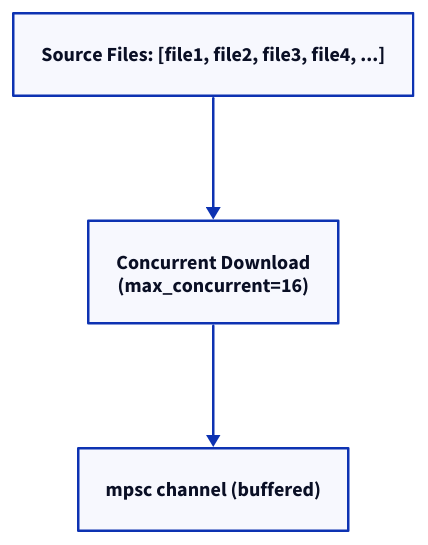
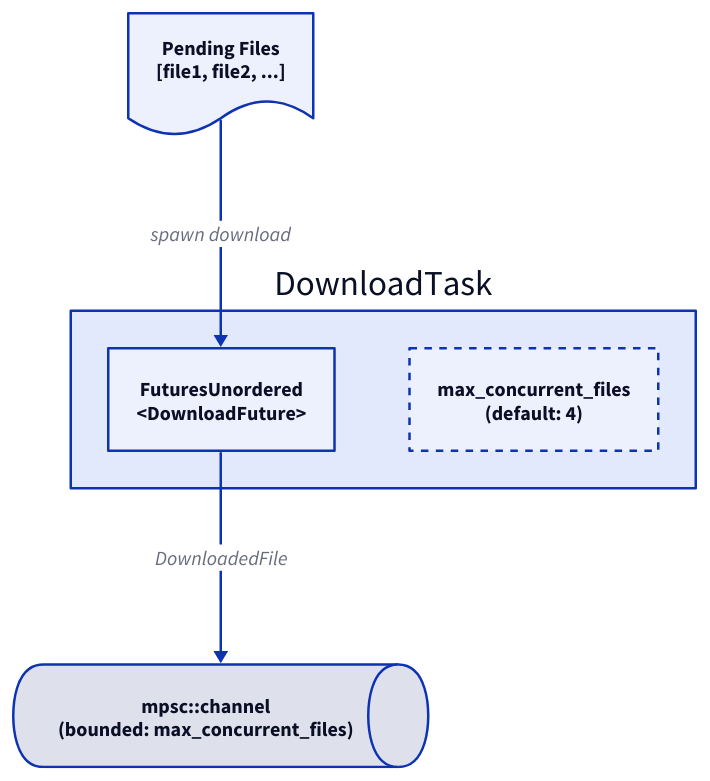
The second of 4 diagrams in website/src/content/docs/architecture/pipeline.md (benjamin-awd/blizzard), drawn with D2 before and after one commit. The commit also changed other lines of this file and 5 other files, not shown here.

Commit message:
chore: update diagrams

````diff
--- a/website/src/content/docs/architecture/pipeline.md
+++ b/website/src/content/docs/architecture/pipeline.md
@@ -81,10 +76,26 @@
 ```d2
 direction: down
-files: "Source Files: [file1, file2, file3, file4, ...]"
-download: Concurrent Download {
-  label: "Concurrent Download\n(max_concurrent=16)"
+
+files: Pending Files {
+  label: "Pending Files\n[file1, file2, ...]"
+  shape: document
 }
-channel: "mpsc channel (buffered)"
 
-files -> download -> channel
+download_task: DownloadTask {
+  futures: FuturesUnordered {
+    label: "FuturesUnordered\n<DownloadFuture>"
+  }
+  concurrent: {
+    label: "max_concurrent_files\n(default: 4)"
+    style.stroke-dash: 3
+  }
+}
+
+channel: {
+  label: "mpsc::channel\n(bounded: max_concurrent_files)"
+  shape: queue
+}
+
+files -> download_task.futures: spawn download
+download_task.futures -> channel: DownloadedFile
 ```
````
